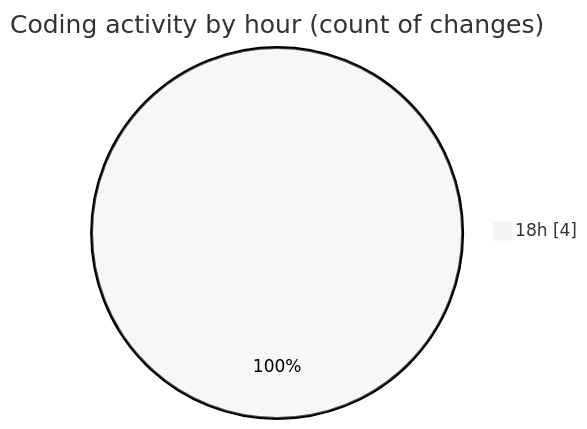
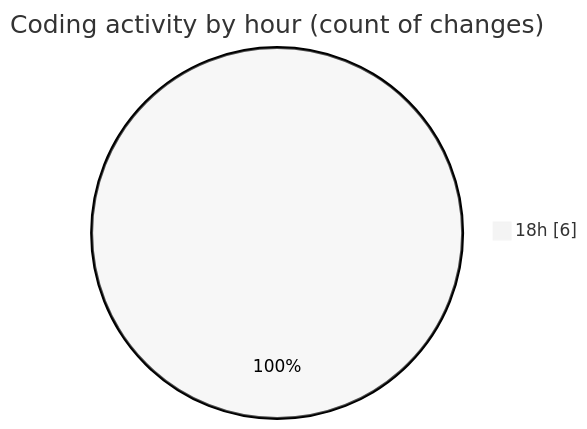
Before and after one commit to hasnaa123/code-tracking: the second of 2 diagrams in 2025-12-13/technologie_web/README.md, drawn with Mermaid (neutral theme). The commit also changed other lines of this file and 1 other file, not shown here.

````diff
--- a/2025-12-13/technologie_web/README.md
+++ b/2025-12-13/technologie_web/README.md
@@ -28,5 +28,5 @@
 ```mermaid
 pie showData
 title Coding activity by hour (count of changes)
-"18h" : 4
+"18h" : 6
 ```
````
